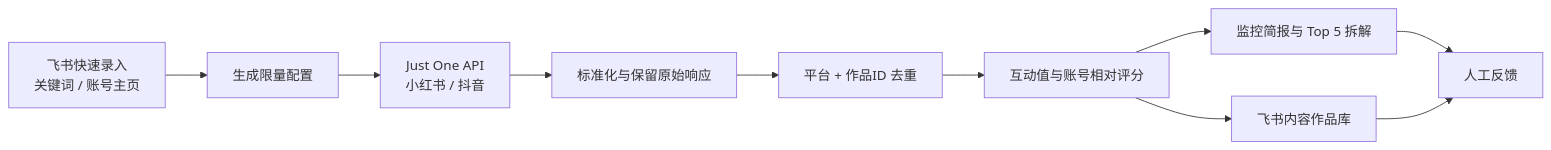
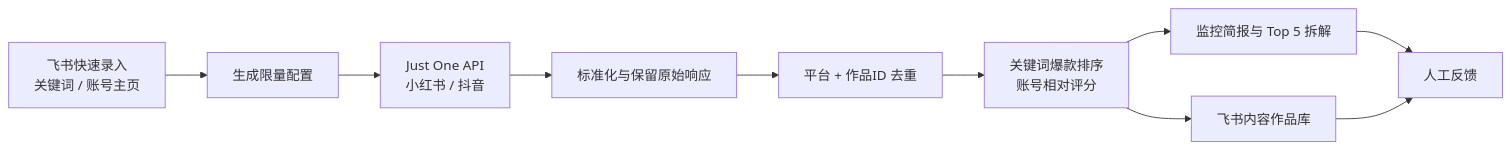
One commit to xintu1314/content-boom-monitor changed the diagram in README.md. Above: the diagram before and after it, drawn with Mermaid. The commit also changed other lines of this file and 5 other files, not shown here.

````diff
--- a/README.md
+++ b/README.md
@@ -34,12 +36,12 @@
 ```mermaid
 flowchart LR
     A[飞书快速录入<br/>关键词 / 账号主页] --> B[生成限量配置]
     B --> C[Just One API<br/>小红书 / 抖音]
     C --> D[标准化与保留原始响应]
     D --> E[平台 + 作品ID 去重]
-    E --> F[互动值与账号相对评分]
+    E --> F[关键词爆款排序<br/>账号相对评分]
     F --> G[监控简报与 Top 5 拆解]
     F --> H[飞书内容作品库]
     G --> I[人工反馈]
     H --> I
 ```
````
